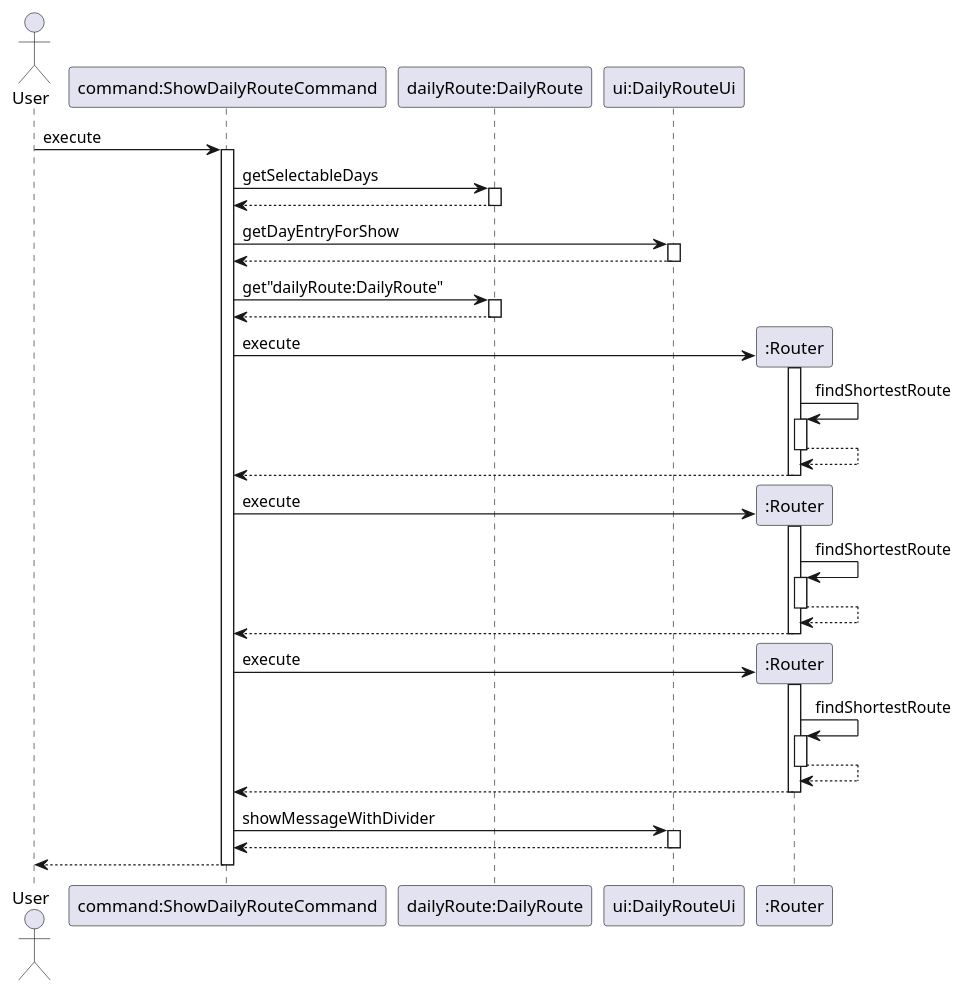
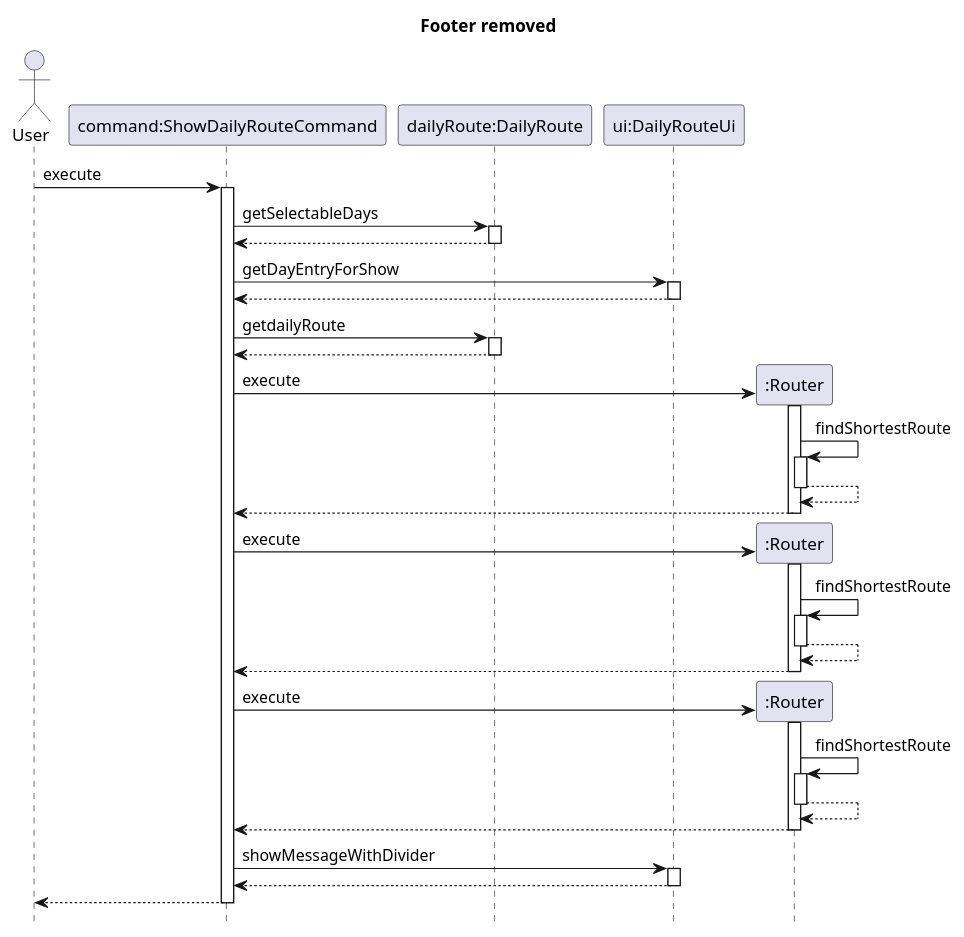
Before and after one commit to nus-cs2113-AY2021S2/tp: the diagram in docs/showday.puml, drawn with PlantUML. The commit also changed 10 other files, not shown here.

Commit message:
fixed checkstyle and uml diagrams

```diff
--- a/docs/showday.puml
+++ b/docs/showday.puml
@@ -1,47 +1,49 @@
 @startuml
+hide footbox
+title Footer removed
 actor User
 User -> "command:ShowDailyRouteCommand" : execute
 activate "command:ShowDailyRouteCommand"
 "command:ShowDailyRouteCommand" -> "dailyRoute:DailyRoute" : getSelectableDays
 activate "dailyRoute:DailyRoute"
 return
 deactivate "dailyRoute:DailyRoute"
 "command:ShowDailyRouteCommand" -> "ui:DailyRouteUi" : getDayEntryForShow
 activate "ui:DailyRouteUi"
 return
 deactivate "ui:DailyRouteUi"
-"command:ShowDailyRouteCommand" -> "dailyRoute:DailyRoute" : get"dailyRoute:DailyRoute"
+"command:ShowDailyRouteCommand" -> "dailyRoute:DailyRoute" : getdailyRoute
 activate "dailyRoute:DailyRoute"
 return
 deactivate "dailyRoute:DailyRoute"
 
 create ":Router"
 "command:ShowDailyRouteCommand" -> ":Router" : execute
 activate ":Router"
 ":Router" -> ":Router" : findShortestRoute
 activate ":Router"
 return
 return
 
 create ":Router"
 "command:ShowDailyRouteCommand" -> ":Router" : execute
 activate ":Router"
 ":Router" -> ":Router" : findShortestRoute
 activate ":Router"
 return
 return
 create ":Router"
 "command:ShowDailyRouteCommand" -> ":Router" : execute
 activate ":Router"
 ":Router" -> ":Router" : findShortestRoute
 activate ":Router"
 return
 return
 
 "command:ShowDailyRouteCommand" -> "ui:DailyRouteUi": showMessageWithDivider
 activate "ui:DailyRouteUi"
 return
 deactivate "ui:DailyRouteUi"
 "command:ShowDailyRouteCommand" --> User
 deactivate "command:ShowDailyRouteCommand"
 @enduml
```
